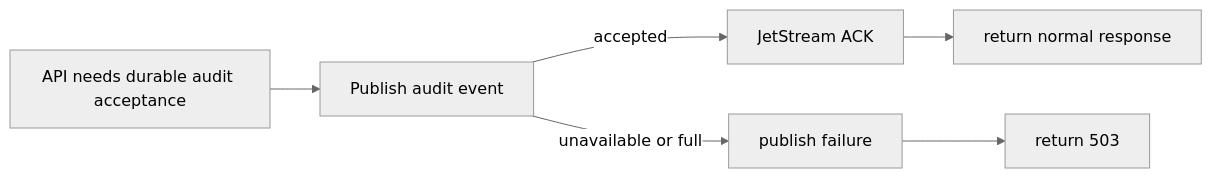
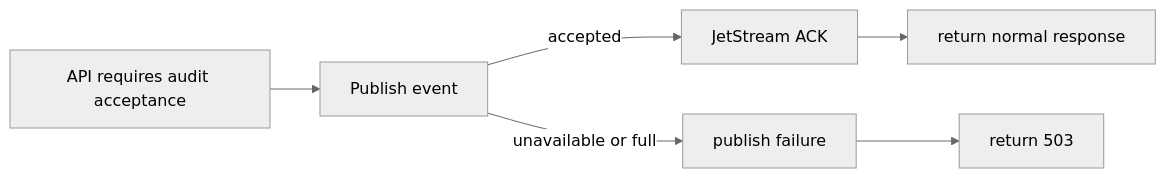
The sixth of 11 diagrams in docs/ARCHITECTURE.md (Jstarzz/geotagger), drawn with Mermaid (neutral theme) before and after one commit. The commit also changed other lines of this file, not shown here.

````diff
--- a/docs/ARCHITECTURE.md
+++ b/docs/ARCHITECTURE.md
@@ -235,8 +207,8 @@
 ```mermaid
 flowchart LR
-    API["API needs durable audit acceptance"] --> PUB["Publish audit event"]
+    API["API requires audit acceptance"] --> PUB["Publish event"]
     PUB -->|"accepted"| ACK["JetStream ACK"]
     ACK --> OK["return normal response"]
     PUB -->|"unavailable or full"| FAIL["publish failure"]
     FAIL --> ERR["return 503"]
 ```
````
